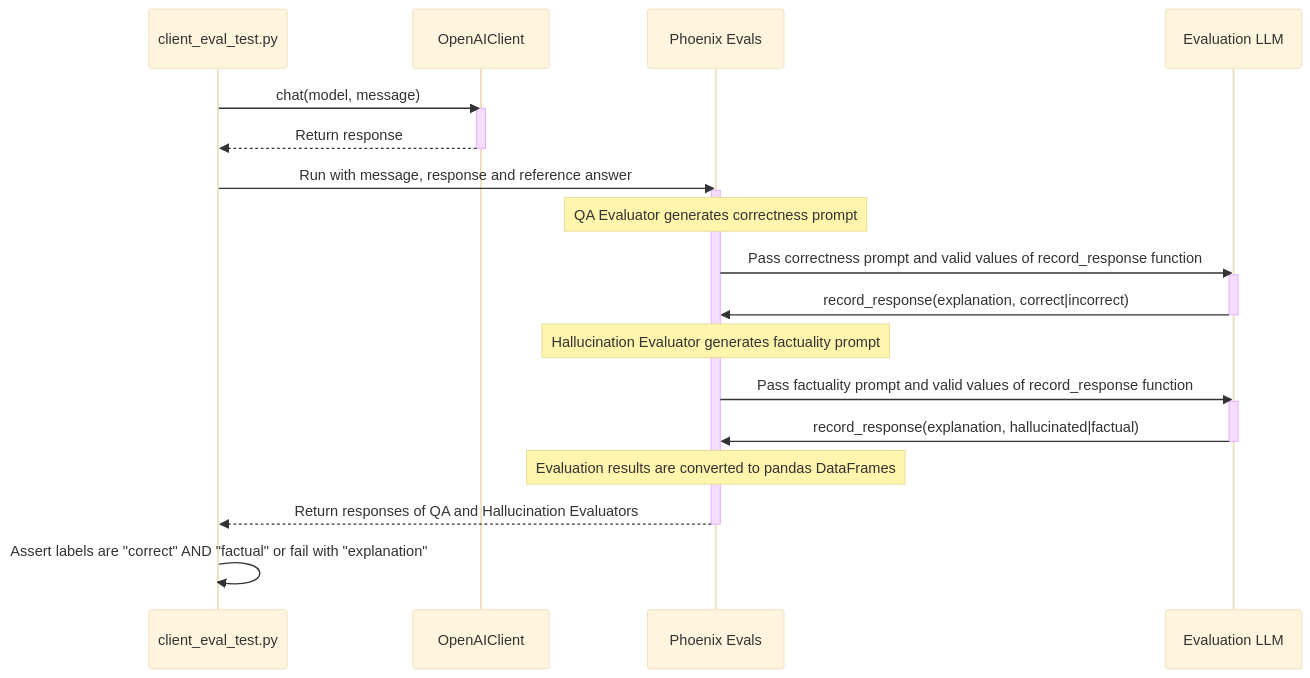
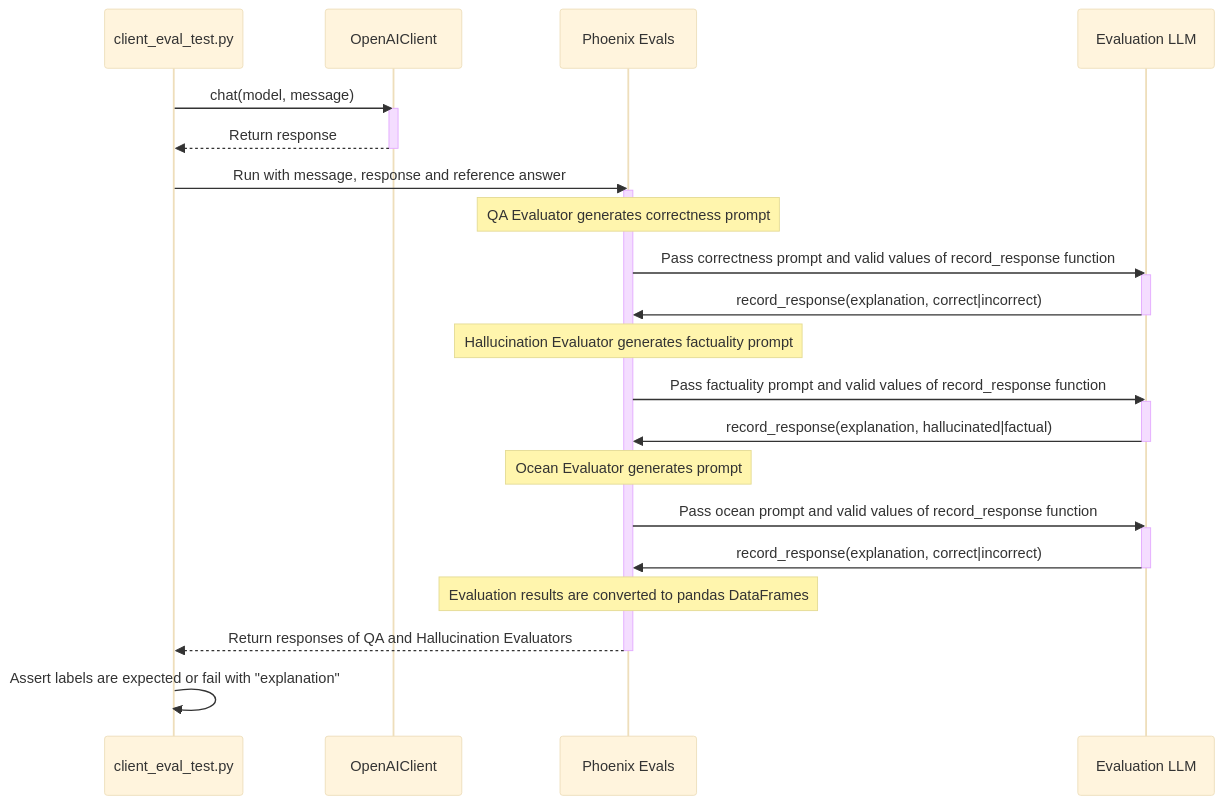
The diagram in 07-eval/README.md (elastic/testing-genai-applications), drawn with Mermaid (base theme) before and after one commit. The commit also changed other lines of this file and 25 other files, not shown here.

````diff
--- a/07-eval/README.md
+++ b/07-eval/README.md
@@ -7,35 +16,42 @@
 ```mermaid
 sequenceDiagram
     participant Test as client_eval_test.py
     participant Client as OpenAIClient
     participant Evals as Phoenix Evals
     participant LLM as Evaluation LLM
 
     Test ->> Client: chat(model, message)
     activate Client
     Client -->> Test: Return response
     deactivate Client
 
     Test ->> Evals: Run with message, response and reference answer
     activate Evals
 
     Note over Evals: QA Evaluator generates correctness prompt
     Evals ->> LLM: Pass correctness prompt and valid values of record_response function
     
     activate LLM
     LLM ->> Evals: record_response(explanation, correct|incorrect)
     deactivate LLM
 
     Note over Evals: Hallucination Evaluator generates factuality prompt
     Evals ->> LLM: Pass factuality prompt and valid values of record_response function
 
     activate LLM
     LLM ->> Evals: record_response(explanation, hallucinated|factual)
     deactivate LLM
+    
+    Note over Evals: Ocean Evaluator generates prompt
+    Evals ->> LLM: Pass ocean prompt and valid values of record_response function
+
+    activate LLM
+    LLM ->> Evals: record_response(explanation, correct|incorrect)
+    deactivate LLM
 
     Note over Evals: Evaluation results are converted to pandas DataFrames
     Evals-->>Test: Return responses of QA and Hallucination Evaluators
     deactivate Evals
 
-    Test->>Test: Assert labels are "correct" AND "factual" or fail with "explanation"
+    Test->>Test: Assert labels are expected or fail with "explanation"
 ```
````
